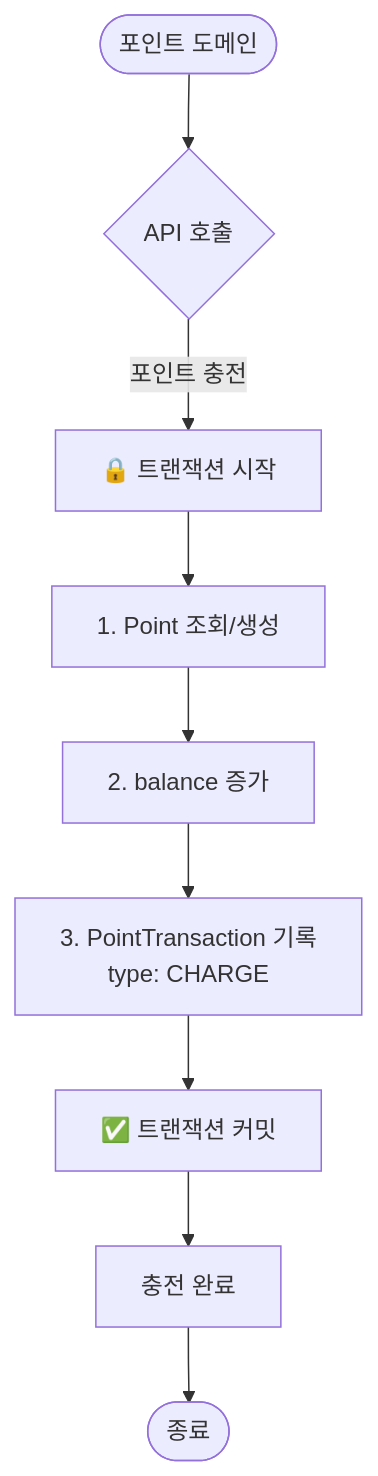
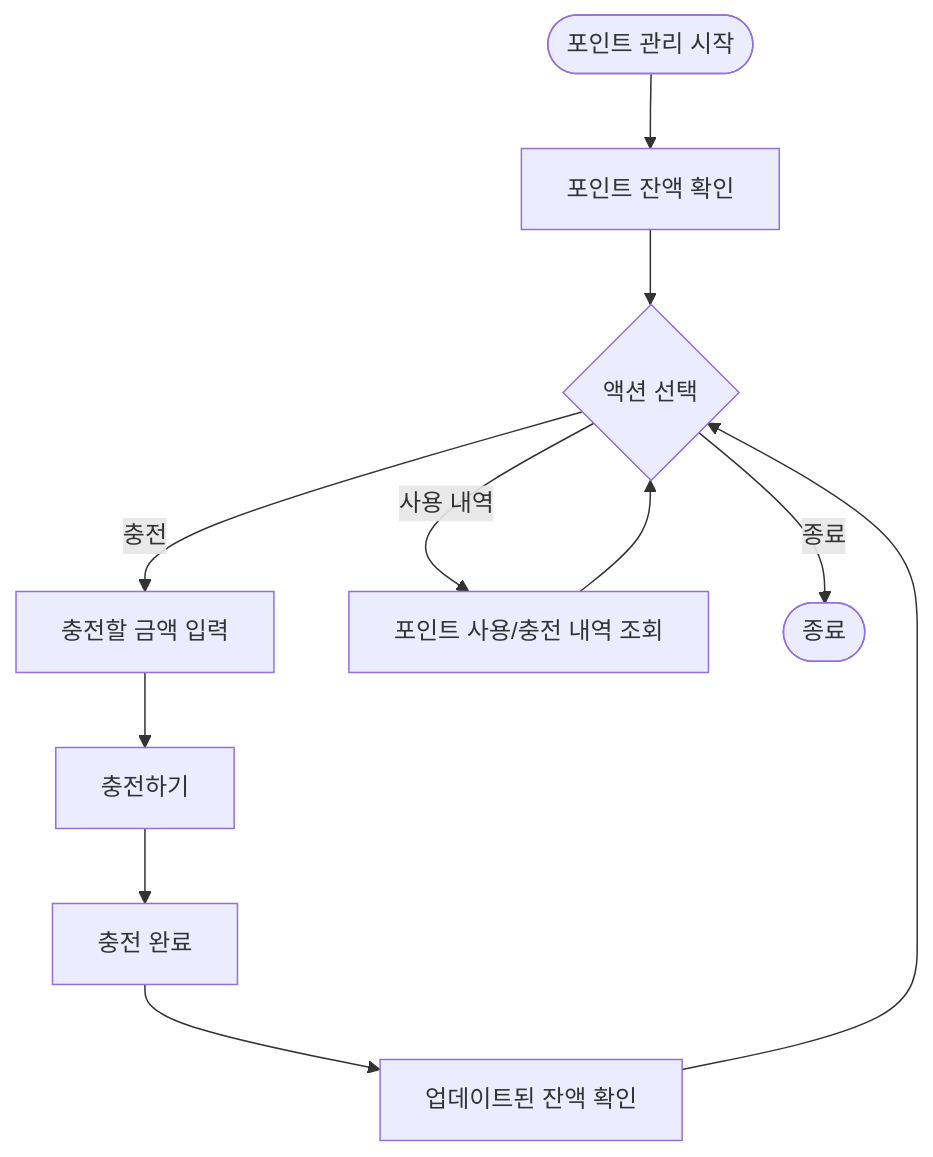
One commit to kmkim2051/hh-ecommerce changed the third of 3 diagrams in docs/02.flow_chart.md. Above: the diagram before and after it, drawn with Mermaid. The commit also changed other lines of this file, not shown here.

Commit message:
[Docs] Flowchart - 사용자 비즈니스 액션 위주로 수정

````diff
--- a/docs/02.flow_chart.md
+++ b/docs/02.flow_chart.md
@@ -86,13 +57,13 @@
 ```mermaid
 flowchart TD
-    Start([포인트 도메인]) --> Action{API 호출}
-    
-    Action -->|포인트 충전| TxStart[🔒 트랜잭션 시작]
-    TxStart --> Step1[1. Point 조회/생성]
-    Step1 --> Step2[2. balance 증가]
-    Step2 --> Step3[3. PointTransaction 기록<br/>type: CHARGE]
-    Step3 --> TxCommit[✅ 트랜잭션 커밋]
-    TxCommit --> Success[충전 완료]
-    
-    Success --> End([종료])
+    Start([포인트 관리 시작]) --> A[포인트 잔액 확인]
+    A --> B{액션 선택}
+    B -->|충전| C[충전할 금액 입력]
+    B -->|사용 내역| D[포인트 사용/충전 내역 조회]
+    B -->|종료| End([종료])
+    C --> E[충전하기]
+    E --> F[충전 완료]
+    F --> G[업데이트된 잔액 확인]
+    G --> B
+    D --> B
 ```
````
